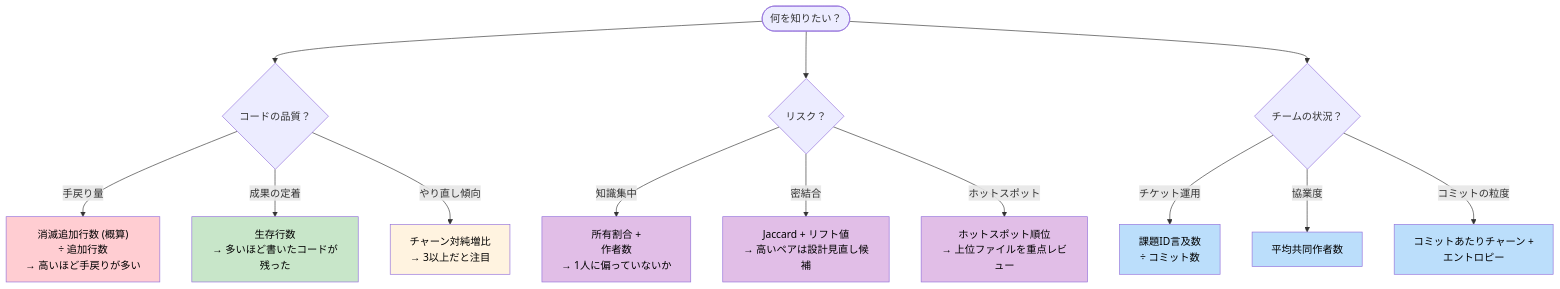
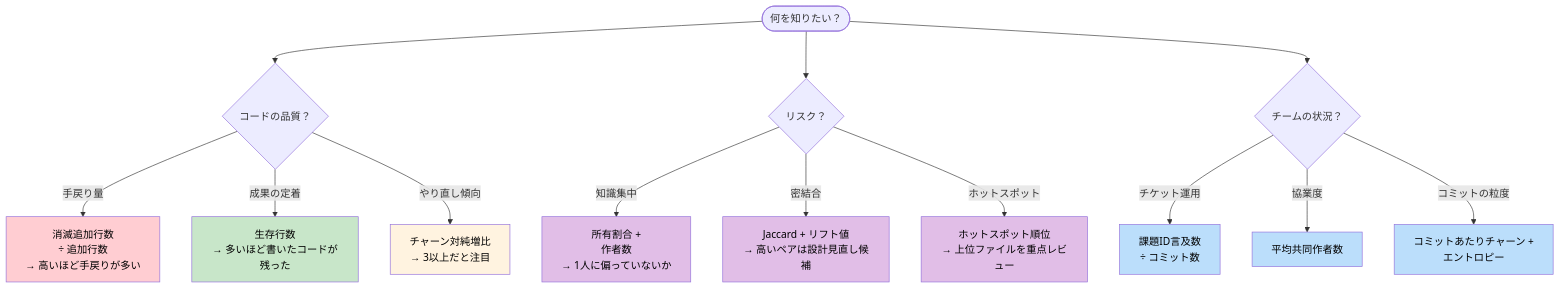
Diagram 16 of 16 in docs/metrics_guide.md (horiyamayoh/NarutoCode), drawn with Mermaid before and after one commit. The commit also changed other lines of this file and 12 other files, not shown here.

````diff
--- a/docs/metrics_guide.md
+++ b/docs/metrics_guide.md
@@ -800,28 +800,28 @@
 ```mermaid
 flowchart TD
     START(["何を知りたい？"]) --> Q1{"コードの品質？"}
     START --> Q2{"リスク？"}
     START --> Q3{"チームの状況？"}
 
-    Q1 -->|手戻り量| M1["消滅追加行数 (概算)\n÷ 追加行数\n→ 高いほど手戻りが多い"]
+    Q1 -->|手戻り量| M1["消滅追加行数\n÷ 追加行数\n→ 高いほど手戻りが多い"]
     Q1 -->|成果の定着| M2["生存行数\n→ 多いほど書いたコードが残った"]
     Q1 -->|やり直し傾向| M3["チャーン対純増比\n→ 3以上だと注目"]
 
     Q2 -->|知識集中| M4["所有割合 +\n作者数\n→ 1人に偏っていないか"]
     Q2 -->|密結合| M5["Jaccard + リフト値\n→ 高いペアは設計見直し候補"]
     Q2 -->|ホットスポット| M6["ホットスポット順位\n→ 上位ファイルを重点レビュー"]
 
     Q3 -->|チケット運用| M7["課題ID言及数\n÷ コミット数"]
     Q3 -->|協業度| M8["平均共同作者数"]
     Q3 -->|コミットの粒度| M9["コミットあたりチャーン +\nエントロピー"]
 
     style M1 fill:#ffcdd2,color:#000
     style M2 fill:#c8e6c9,color:#000
     style M3 fill:#fff3e0,color:#000
     style M4 fill:#e1bee7,color:#000
     style M5 fill:#e1bee7,color:#000
     style M6 fill:#e1bee7,color:#000
     style M7 fill:#bbdefb,color:#000
     style M8 fill:#bbdefb,color:#000
     style M9 fill:#bbdefb,color:#000
 ```
````
